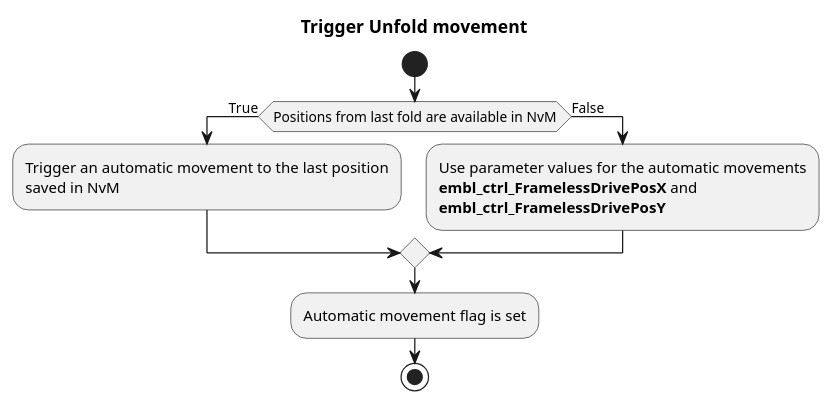
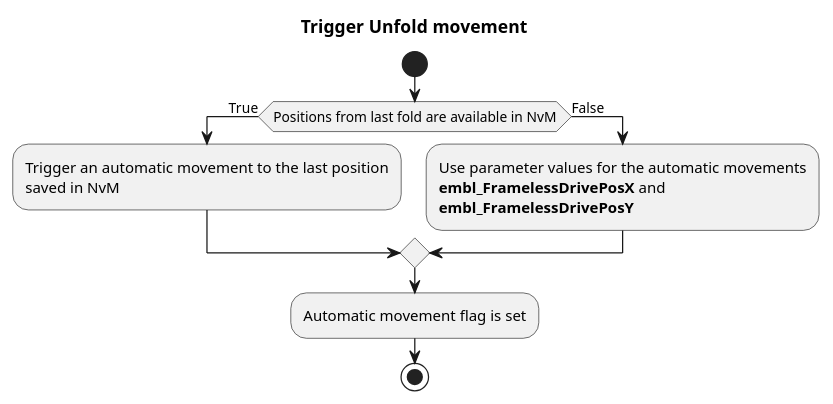
Before and after one commit to GalbinitaSebastian97/PersonalDevelopment: the sixth of 10 diagrams in package/ExteriorMirrorLibrary/docs/SoftwareDetailDesign/mirrorFrameless_sdd.rst, drawn with PlantUML. The commit also changed other lines of this file and 9 other files, not shown here.

```diff
--- a/package/ExteriorMirrorLibrary/docs/SoftwareDetailDesign/mirrorFrameless_sdd.rst
+++ b/package/ExteriorMirrorLibrary/docs/SoftwareDetailDesign/mirrorFrameless_sdd.rst
@@ -350,15 +350,15 @@
    .. uml::
       @startuml
       title "Trigger Unfold movement"
       start
       if(Positions from last fold are available in NvM) then(True)
         :Trigger an automatic movement to the last position
         saved in NvM;
       else(False)
         :Use parameter values for the automatic movements
-        **embl_ctrl_FramelessDrivePosX** and
-        **embl_ctrl_FramelessDrivePosY**;
+        **embl_FramelessDrivePosX** and
+        **embl_FramelessDrivePosY**;
       endif
       :Automatic movement flag is set;
       stop
       @enduml
```
